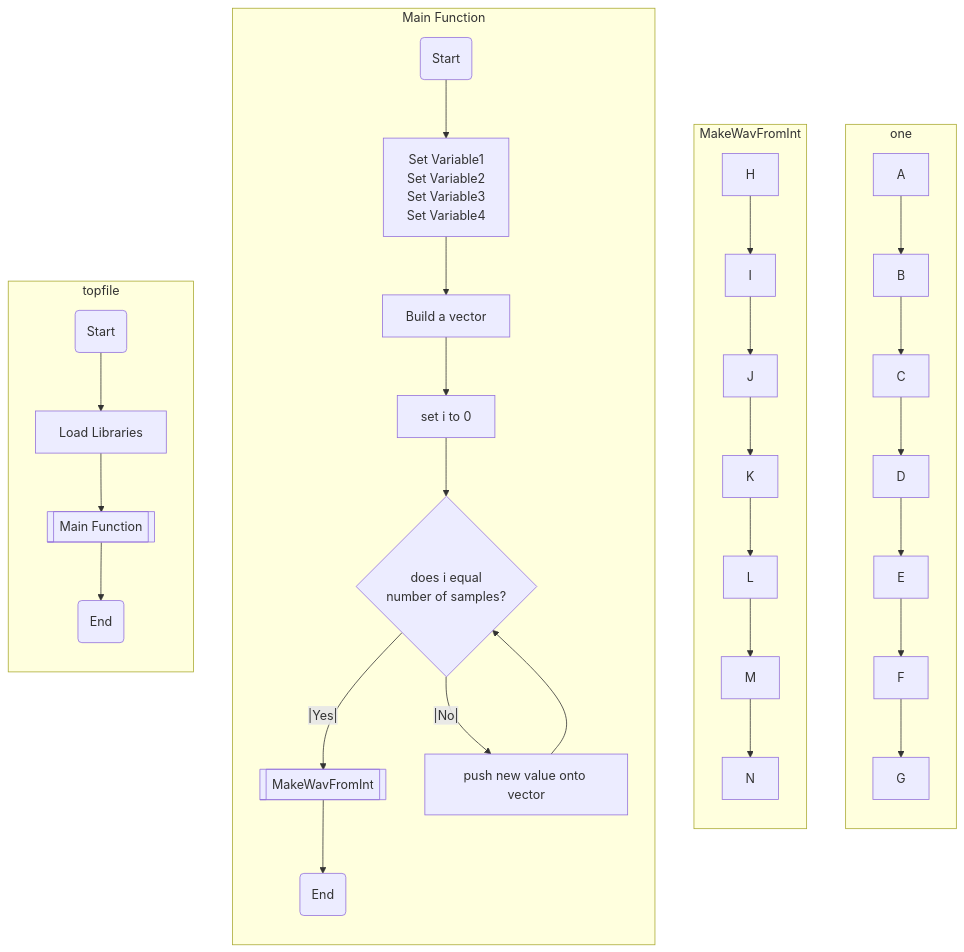
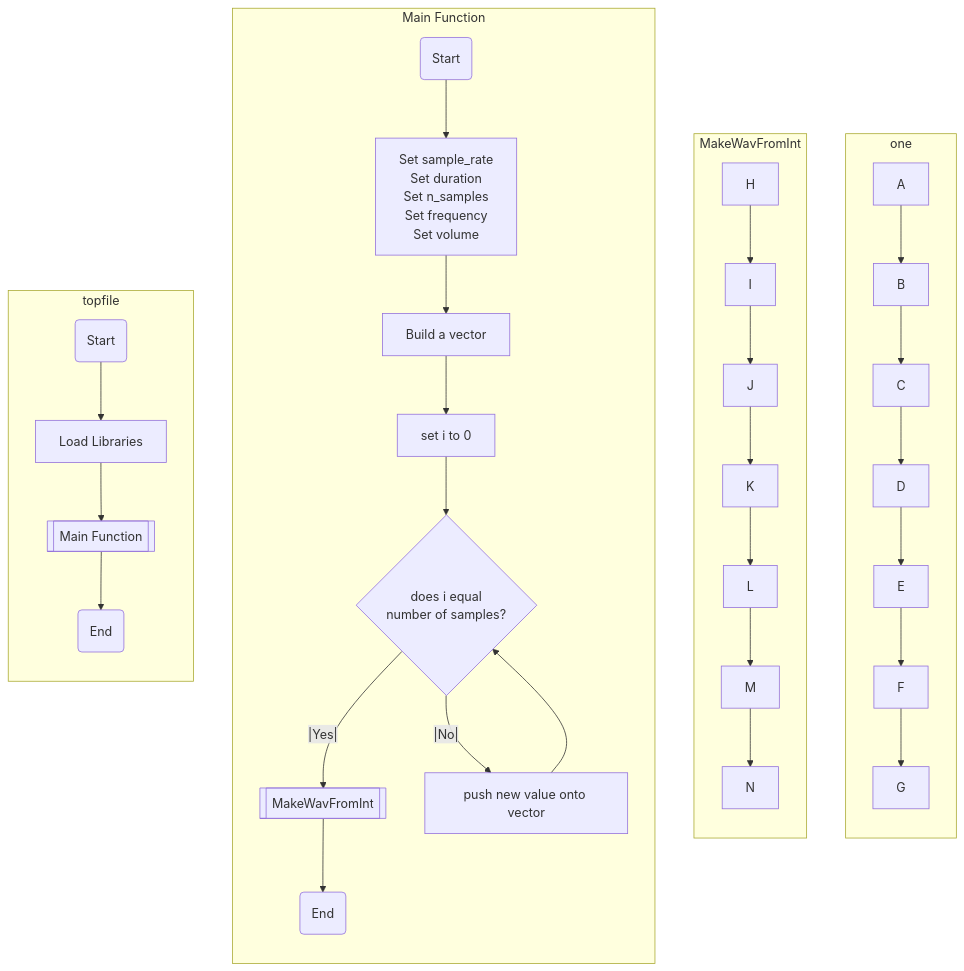
The diagram in project01FlowchartCore.md (brolonium210/ENGR101_MD), drawn with Mermaid before and after one commit.

````diff
--- a/project01FlowchartCore.md
+++ b/project01FlowchartCore.md
@@ -1,47 +1,48 @@
 ```mermaid
 
 flowchart TB
 subgraph one
 direction TB
 A-->B
 B-->C
 C-->D
 D-->E
 E-->F
 F-->G
 end
 subgraph MakeWavFromInt
 direction TB 
 H-->I
 I-->J
 J-->K
 K-->L
 L-->M
 M-->N
 end
 
 subgraph Main Function
 direction TB 
 O(Start)-->P
-P["Set Variable1
-Set Variable2
-Set Variable3
-Set Variable4"
+P["Set sample_rate
+Set duration
+Set n_samples
+Set frequency
+Set volume"
 ]-->Q
 Q[Build a vector]-->RR
 RR[set i to 0]-->R
 R{"does i equal
 number of samples?"
 }--|Yes|-->S
 R--|No|-->SS
 SS["push new value onto vector"]-->R
 S[[MakeWavFromInt]]-->T(End)
 end
 
 subgraph topfile
 direction TB 
 V(Start)-->W[Load Libraries]
 W-->X[[Main Function]]
 X-->Y(End)
 end
 ```
````
